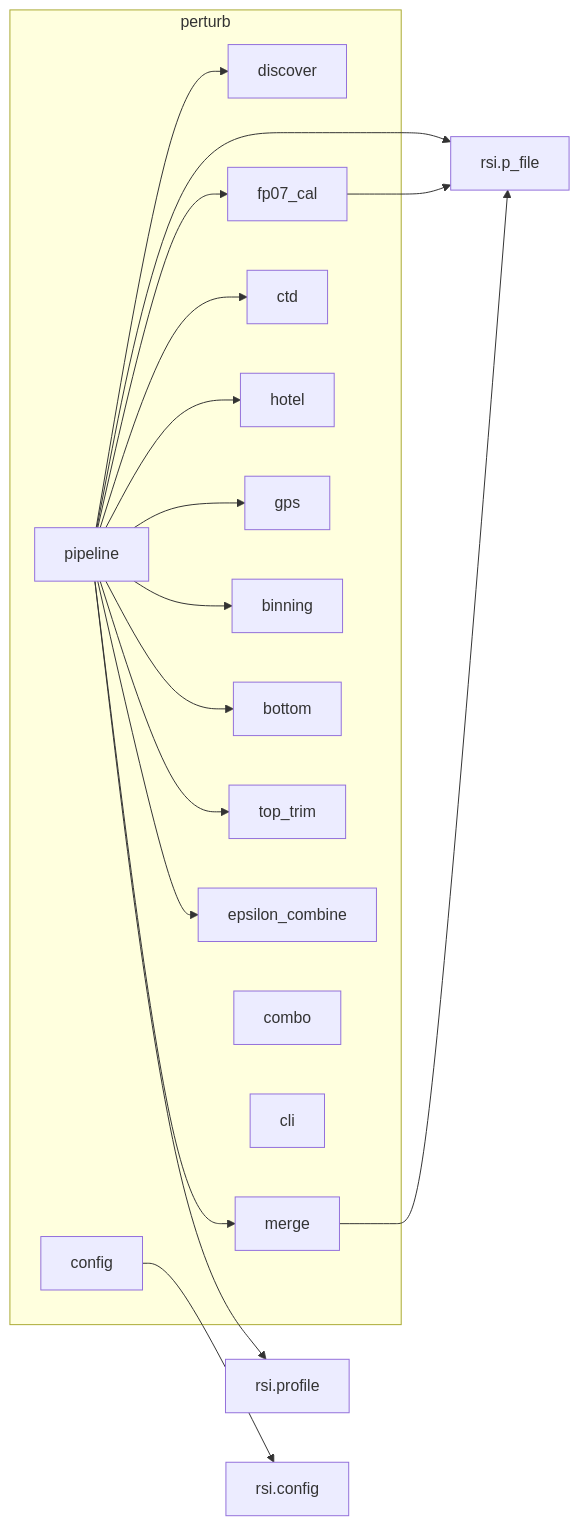
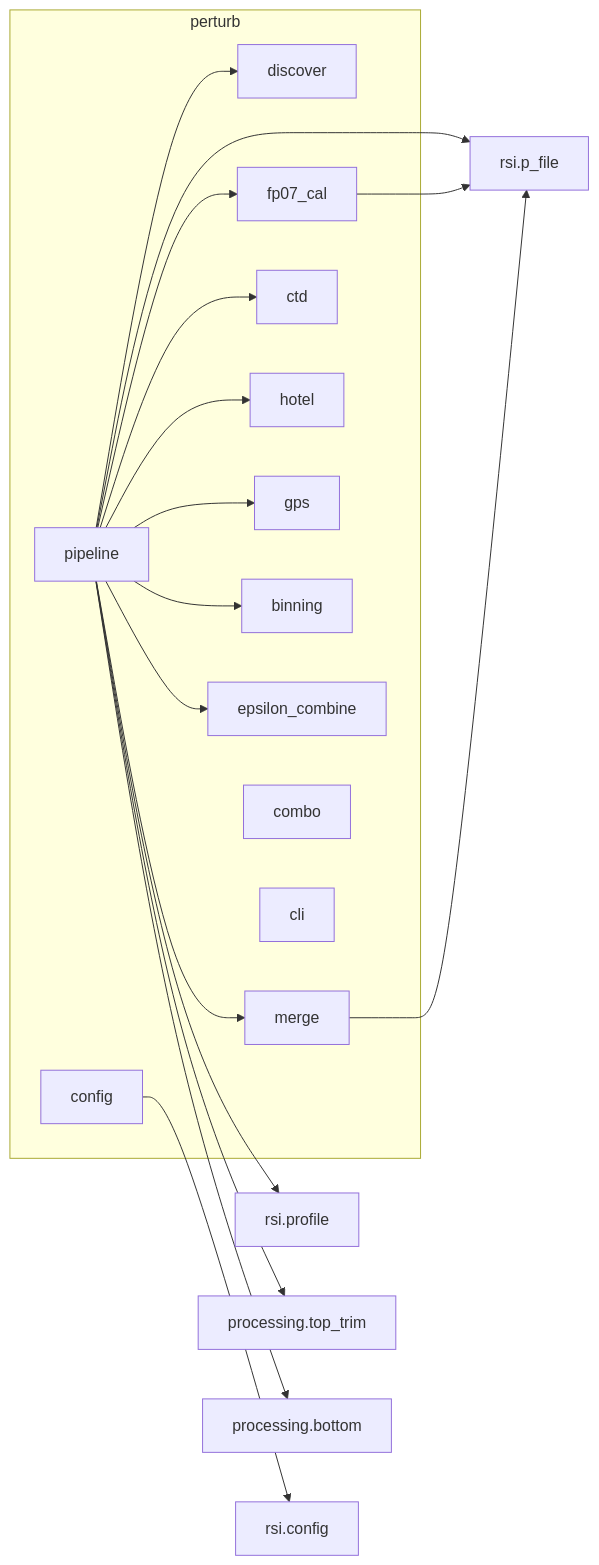
The fifth of 6 diagrams in docs/ARCHITECTURE.md (mousebrains/turbulence), drawn with Mermaid before and after one commit. The commit also changed other lines of this file and 9 other files, not shown here.

First line of the commit message:
processing: lift top_trim and bottom into a new instrument-agnostic subpackage

````diff
--- a/docs/ARCHITECTURE.md
+++ b/docs/ARCHITECTURE.md
@@ -219,23 +234,23 @@
 ```mermaid
 graph LR
     subgraph perturb
         pipeline --> discover
         pipeline --> merge
         pipeline --> fp07_cal
         pipeline --> ctd
         pipeline --> hotel
         pipeline --> gps
         pipeline --> binning
-        pipeline --> bottom
-        pipeline --> top_trim
         pipeline --> epsilon_combine
         combo
         config
         cli
     end
     pipeline --> rsi.p_file
     pipeline --> rsi.profile
+    pipeline --> processing.top_trim
+    pipeline --> processing.bottom
     fp07_cal --> rsi.p_file
     merge --> rsi.p_file
     config --> rsi.config
 ```
````
